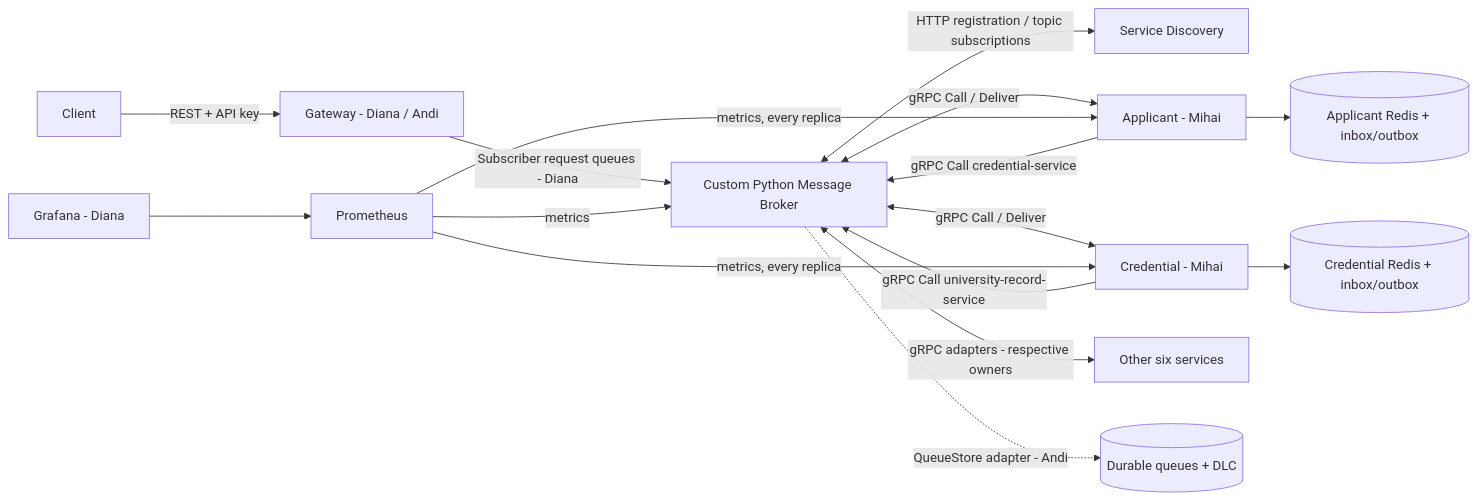
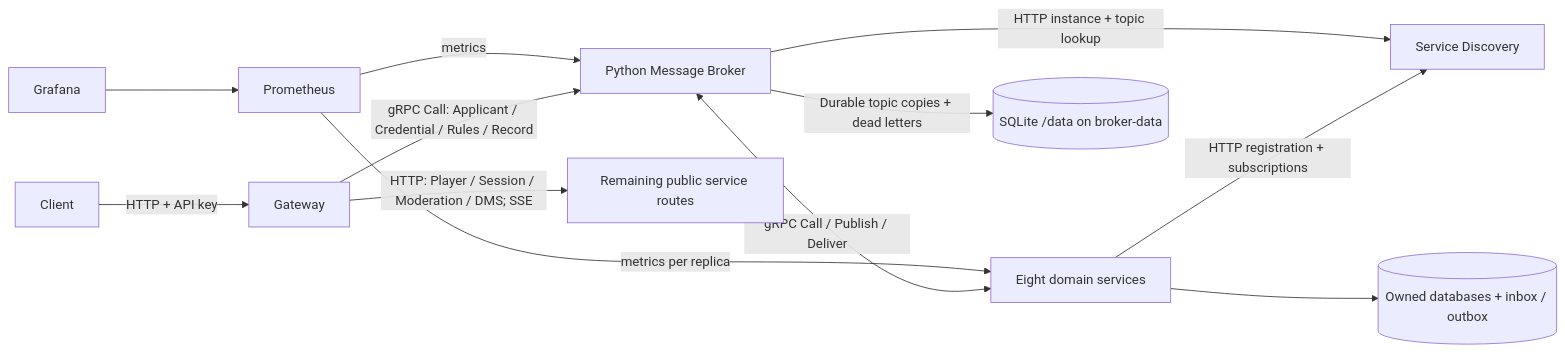
The first of 3 diagrams in README.md (caramisca/cpr-pad-team-19), drawn with Mermaid before and after one commit. The commit also changed other lines of this file and 10 other files, not shown here.

````diff
--- a/README.md
+++ b/README.md
@@ -31,18 +42,14 @@
 ```mermaid
 flowchart LR
-  UI[Client] -->|REST + API key| GW[Gateway - Diana / Andi]
-  GW -->|Subscriber request queues - Diana| MB[Custom Python Message Broker]
-  MB <-->|HTTP registration / topic subscriptions| SD[Service Discovery]
-  MB <-->|gRPC Call / Deliver| APP[Applicant - Mihai]
-  MB <-->|gRPC Call / Deliver| CRED[Credential - Mihai]
-  APP -->|gRPC Call credential-service| MB
-  CRED -->|gRPC Call university-record-service| MB
-  MB <-->|gRPC adapters - respective owners| OTHER[Other six services]
-  APP --> AR[(Applicant Redis + inbox/outbox)]
-  CRED --> CR[(Credential Redis + inbox/outbox)]
-  MB -.->|QueueStore adapter - Andi| DQ[(Durable queues + DLC)]
-  PROM[Prometheus] -->|metrics, every replica| APP
-  PROM -->|metrics, every replica| CRED
+  UI[Client] -->|HTTP + API key| GW[Gateway]
+  GW -->|gRPC Call: Applicant / Credential / Rules / Record| MB[Python Message Broker]
+  GW -->|HTTP: Player / Session / Moderation / DMS; SSE| HTTP[Remaining public service routes]
+  MB <-->|gRPC Call / Publish / Deliver| DOMAIN[Eight domain services]
+  DOMAIN -->|HTTP registration + subscriptions| SD[Service Discovery]
+  MB -->|HTTP instance + topic lookup| SD
+  MB -->|Durable topic copies + dead letters| STORE[(SQLite /data on broker-data)]
+  DOMAIN --> DATA[(Owned databases + inbox / outbox)]
+  PROM[Prometheus] -->|metrics per replica| DOMAIN
   PROM -->|metrics| MB
-  GRAF[Grafana - Diana] --> PROM
+  GRAF[Grafana] --> PROM
 ```
````
